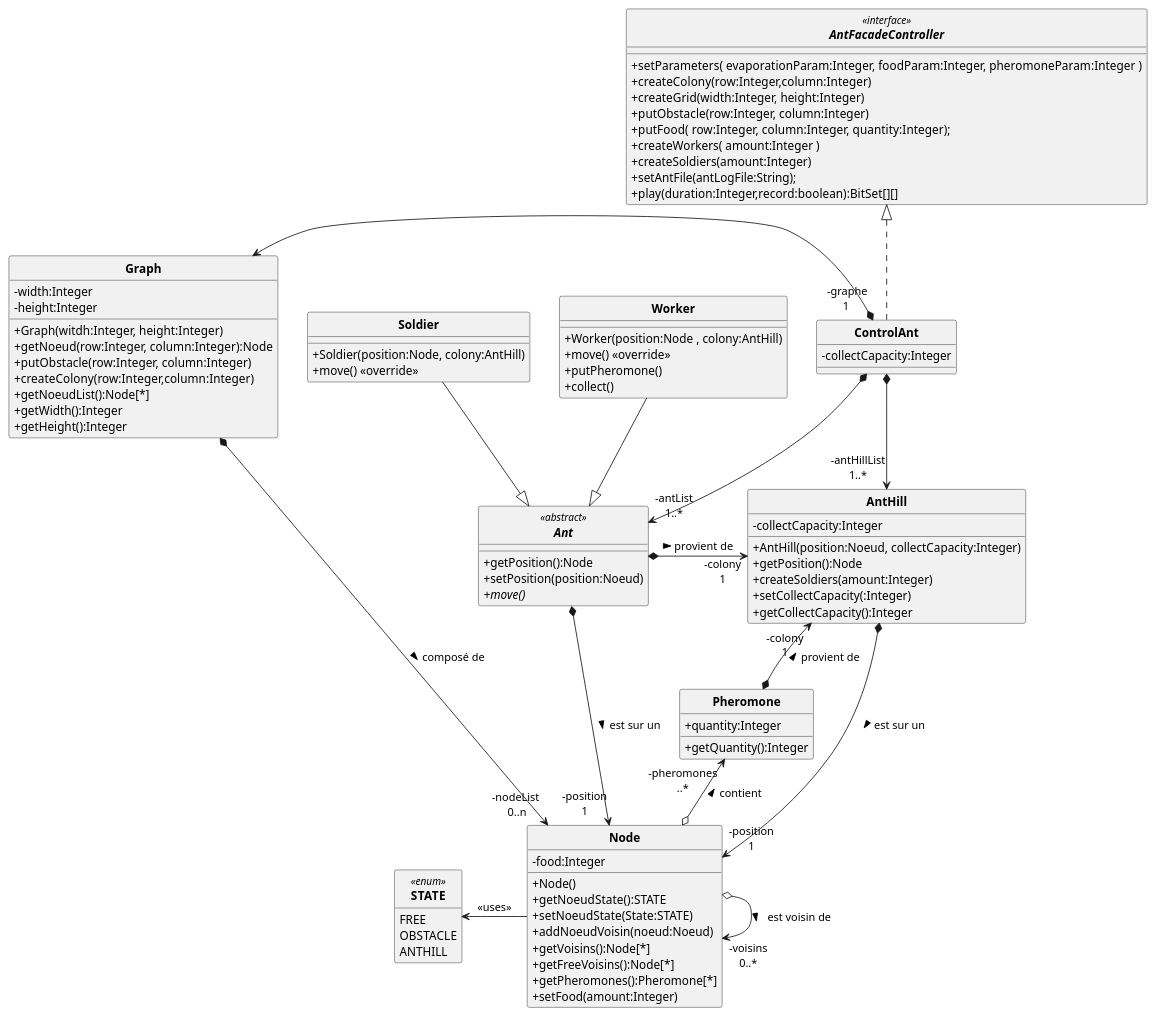
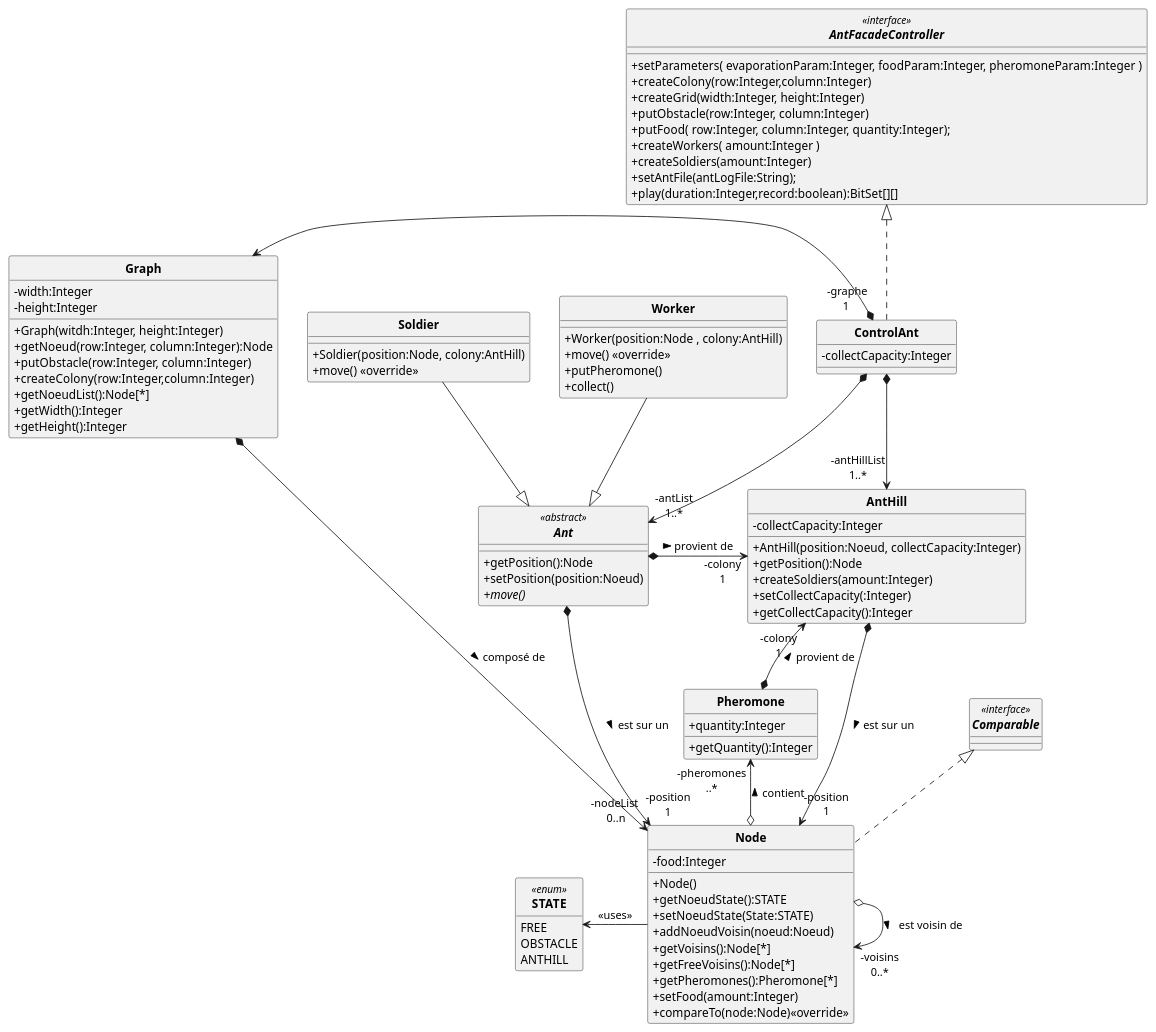
Before and after one commit to ErenMustafaGit/ColonieFourmis: the diagram in src/main/uml/Fourmis_DC.puml, drawn with PlantUML.

Commit message:
Implémentation de l'interface Comparable et ajout du override "comparaTo" dans la classe Node (Diagramme de conception)

```diff
--- a/src/main/uml/Fourmis_DC.puml
+++ b/src/main/uml/Fourmis_DC.puml
@@ -1,118 +1,124 @@
 @startuml
 'https://plantuml.com/sequence-diagram
 allow_mixing
 skinparam style strictuml
 skinparam classAttributeIconSize 0
 skinparam circledCharacterRadius 0
 skinparam circledCharacterFontSize 0
 skinparam classFontStyle Bold
 'autonumber
 hide enum methods
 
 'Controleur
 interface AntFacadeController <<interface>> {
     +setParameters( evaporationParam:Integer, foodParam:Integer, pheromoneParam:Integer )
     +createColony(row:Integer,column:Integer)
     +createGrid(width:Integer, height:Integer)
     +putObstacle(row:Integer, column:Integer)
     +putFood( row:Integer, column:Integer, quantity:Integer);
     +createWorkers( amount:Integer )
     +createSoldiers(amount:Integer)
     +setAntFile(antLogFile:String);
     +play(duration:Integer,record:boolean):BitSet[][]
 }
 
-class Node {
+class Node implements Comparable{
     -food:Integer
     +Node()
     +getNoeudState():STATE
     +setNoeudState(State:STATE)
     +addNoeudVoisin(noeud:Noeud)
     +getVoisins():Node[*]
     +getFreeVoisins():Node[*]
     +getPheromones():Pheromone[*]
     +setFood(amount:Integer)
+    +compareTo(node:Node)<<override>>
 }
+
+interface Comparable <<interface>>{
+
+}
+
 enum STATE <<enum>> {
     FREE
     OBSTACLE
     ANTHILL
 }
 
 'class Food{
 '    -amount:Integer
 '    +Food()
 '}
 class Pheromone{
     +quantity:Integer
     +getQuantity():Integer
 }
 
 
 abstract Ant <<abstract>> {
     +getPosition():Node
     +setPosition(position:Noeud)
     {abstract} +move()
 }
 class AntHill{
     -collectCapacity:Integer
     +AntHill(position:Noeud, collectCapacity:Integer)
     +getPosition():Node
     +createSoldiers(amount:Integer)
     +setCollectCapacity(:Integer)
     +getCollectCapacity():Integer
 }
 class Soldier{
     +Soldier(position:Node, colony:AntHill)
     +move() <<override>>
 }
 
 class Worker {
     +Worker(position:Node , colony:AntHill)
     +move() <<override>>
     +putPheromone()
     +collect()
 }
 
 
 class ControlAnt implements AntFacadeController{
     -collectCapacity:Integer
 }
 
 
 class Graph{
  -width:Integer
  -height:Integer
  +Graph(witdh:Integer, height:Integer)
  +getNoeud(row:Integer, column:Integer):Node
  +putObstacle(row:Integer, column:Integer)
  +createColony(row:Integer,column:Integer)
  +getNoeudList():Node[*]
  +getWidth():Integer
  +getHeight():Integer
 }
 
 
 Soldier --|> Ant
 Worker --|> Ant
 
 ControlAnt "-graphe\n1 " *-l-> Graph
 ControlAnt  *-r-> "-antList\n1..*" Ant
 ControlAnt  *--> "-antHillList\n1..*" AntHill
 
 Graph *-r-> "-nodeList \n0..n" Node : composé de >
 
 'historique = liste de noeud déjà passé par la fourmi
 '"-position 1\n-historique 0..*"
 Ant *--> "-position\n1" Node  : est sur un >
 AntHill *---> "-position\n1" Node  : est sur un >
 Node o-> "-voisins\n0..*"  Node  : est voisin de >
 
 Node -l-> STATE : <<uses>>
 
 Ant *-> "-colony\n1" AntHill : provient de >
 Pheromone *-u-> "-colony\n1" AntHill : provient de >
 Node o-u-> "-pheromones\n..*" Pheromone : contient >
 
 
 @enduml
```
